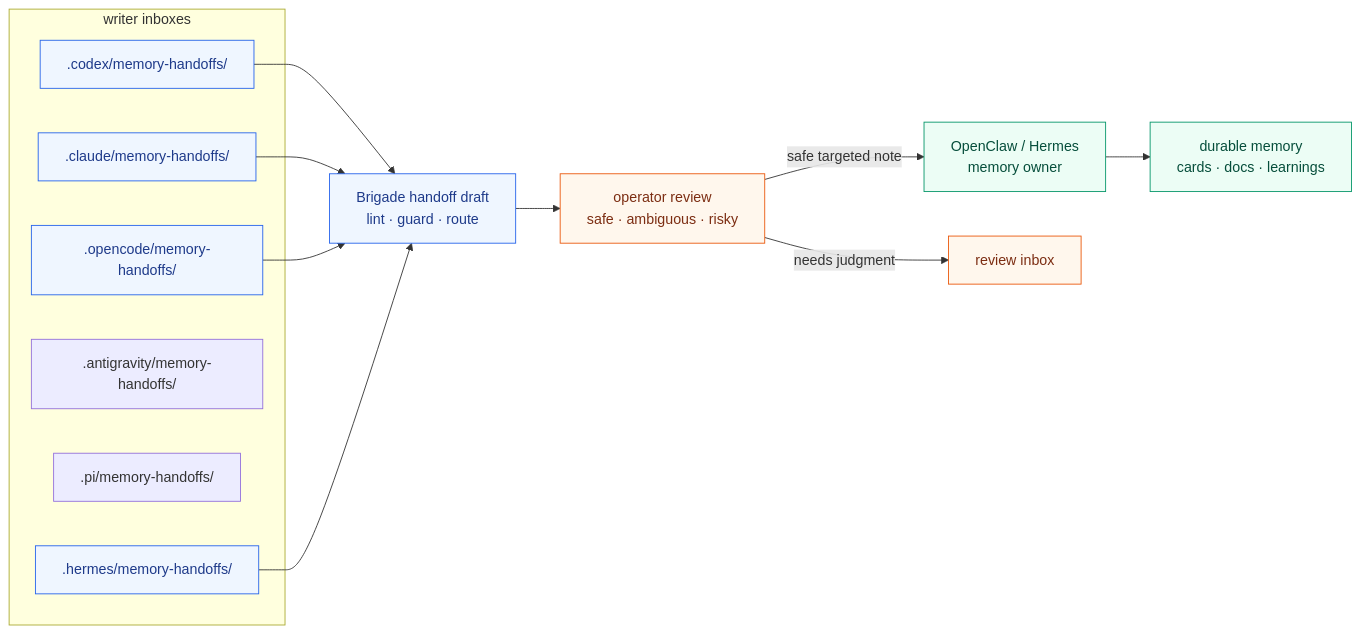
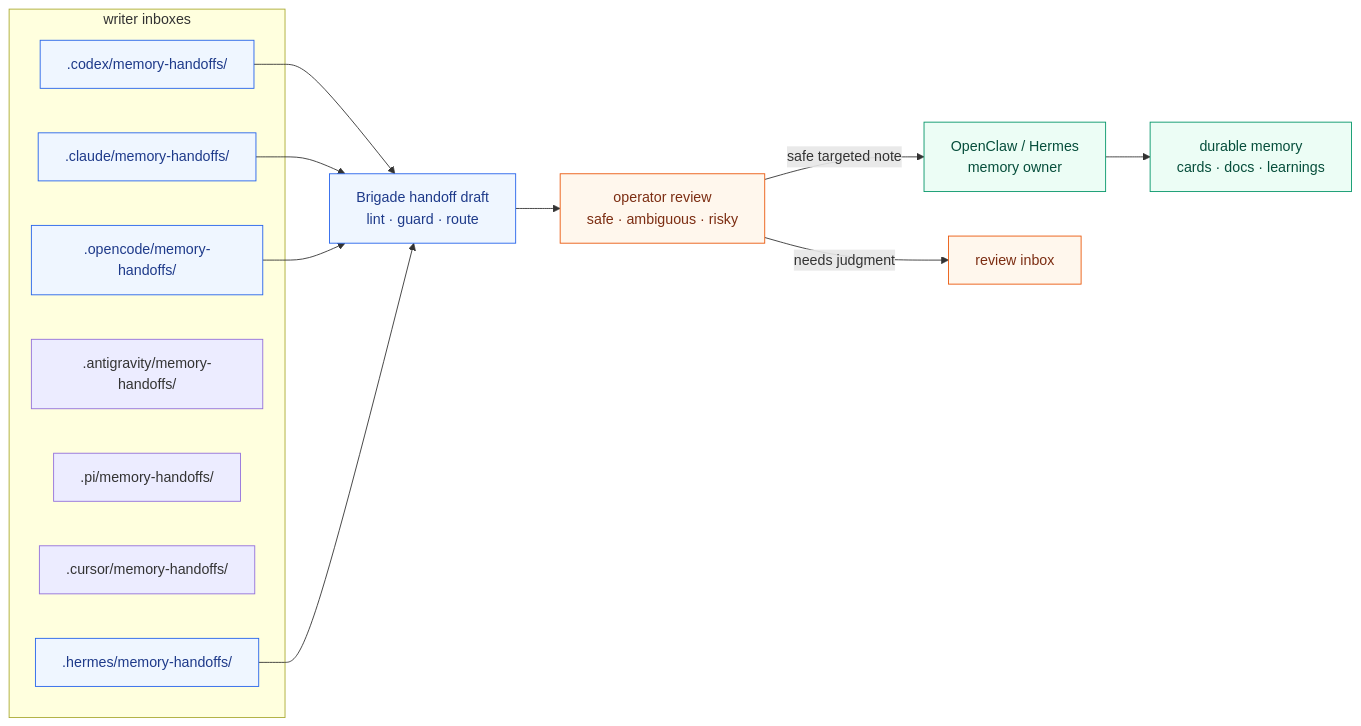
The second of 13 diagrams in README.md (escoffier-labs/brigade), drawn with Mermaid before and after one commit. The commit also changed other lines of this file and 38 other files, not shown here.

````diff
--- a/README.md
+++ b/README.md
@@ -222,27 +223,28 @@
 ```mermaid
 flowchart LR
     subgraph WRITERS [" writer inboxes "]
         C[".codex/memory-handoffs/"]
         CL[".claude/memory-handoffs/"]
         O[".opencode/memory-handoffs/"]
         A[".antigravity/memory-handoffs/"]
         P[".pi/memory-handoffs/"]
+        CU[".cursor/memory-handoffs/"]
         H[".hermes/memory-handoffs/"]
     end
 
     DRAFT["Brigade handoff draft<br/>lint · guard · route"]
     REVIEW["operator review<br/>safe · ambiguous · risky"]
     OWNER["OpenClaw / Hermes<br/>memory owner"]
     MEM["durable memory<br/>cards · docs · learnings"]
 
     C & CL & O & H --> DRAFT --> REVIEW
     REVIEW -->|safe targeted note| OWNER --> MEM
     REVIEW -->|needs judgment| INBOX["review inbox"]
 
     classDef local fill:#eff6ff,stroke:#2563eb,color:#1e3a8a;
     classDef review fill:#fff7ed,stroke:#ea580c,color:#7c2d12;
     classDef memory fill:#ecfdf5,stroke:#059669,color:#064e3b;
     class C,CL,O,H,DRAFT local;
     class REVIEW,INBOX review;
     class OWNER,MEM memory;
 ```
````
